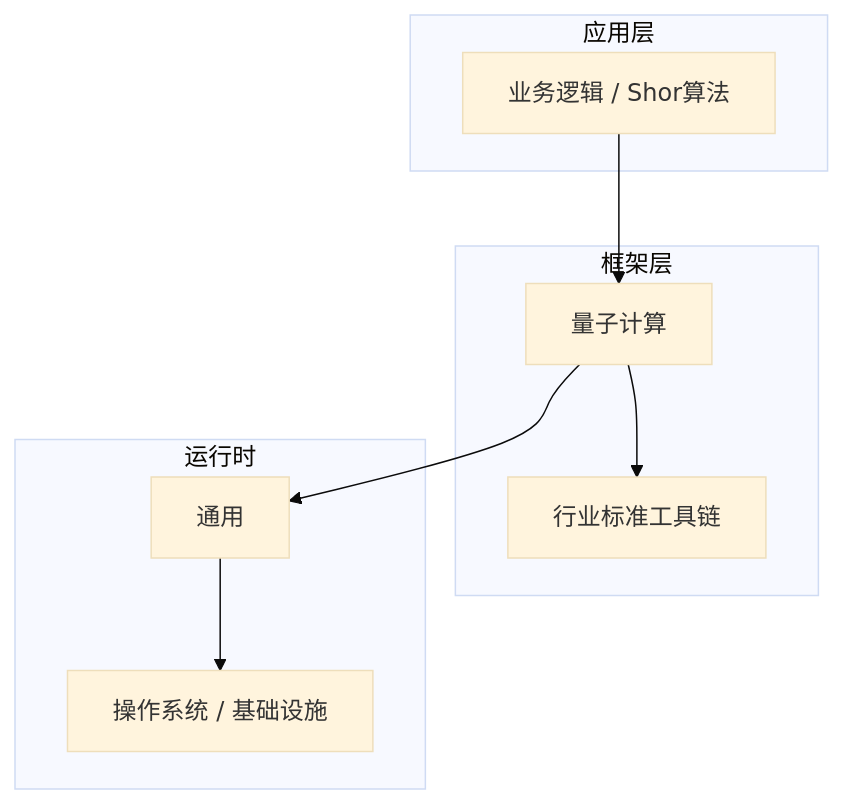
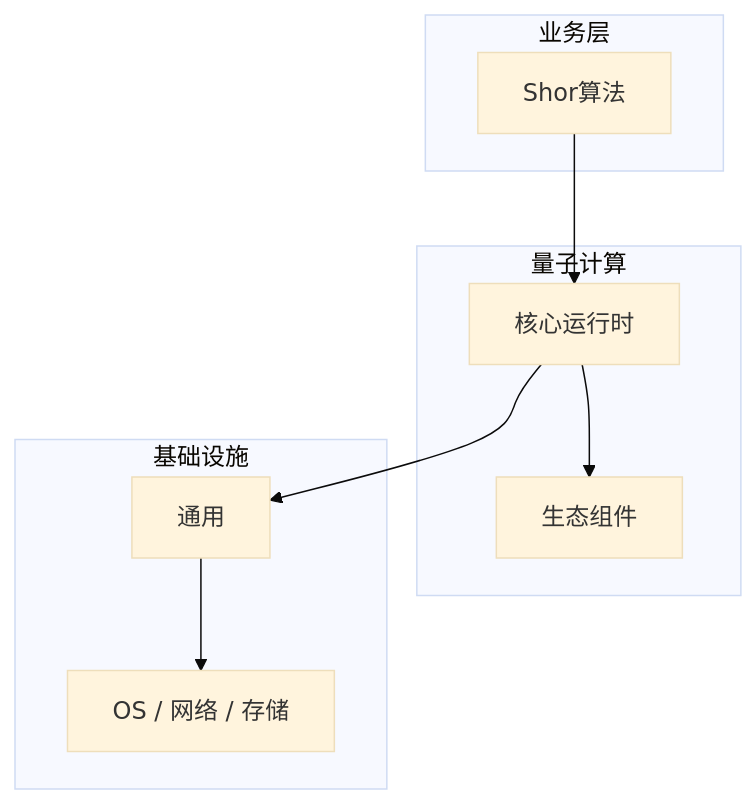
The diagram in articles/量子计算/chapters/026-Shor算法核心概念与原理.md (yanggan2015/knowledge-json-v2), drawn with Mermaid (base theme) before and after one commit. The commit also changed other lines of this file and 10127 other files, not shown here.

````diff
--- a/articles/量子计算/chapters/026-Shor算法核心概念与原理.md
+++ b/articles/量子计算/chapters/026-Shor算法核心概念与原理.md
@@ -45,18 +30,18 @@
 ```mermaid
 graph TB
-    subgraph 应用层
-        A[业务逻辑 / Shor算法]
+    subgraph 业务层
+        A[Shor算法]
     end
-    subgraph 框架层
-        B[量子计算]
-        C[行业标准工具链]
+    subgraph 量子计算
+        B[核心运行时]
+        C[生态组件]
     end
-    subgraph 运行时
+    subgraph 基础设施
         D[通用]
-        E[操作系统 / 基础设施]
+        E[OS / 网络 / 存储]
     end
     A --> B
     B --> C
     B --> D
     D --> E
 ```
````
